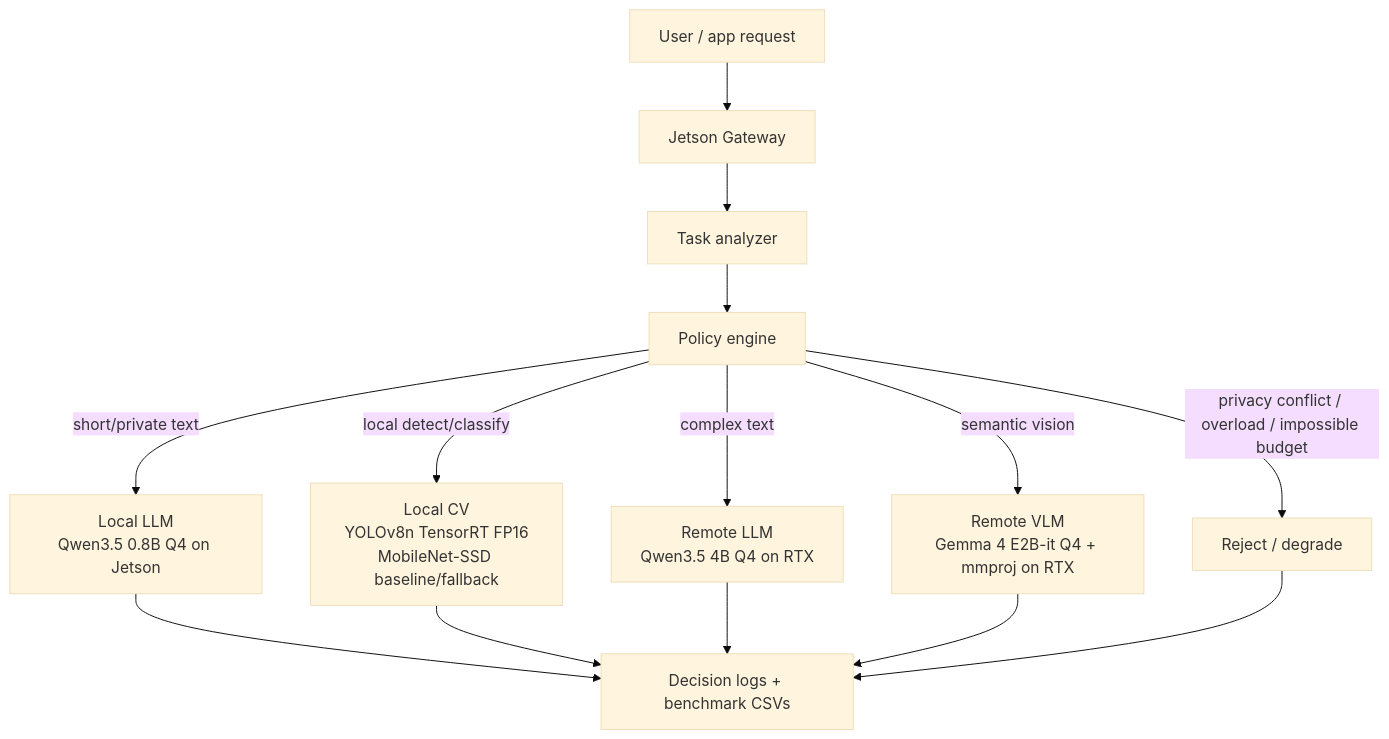
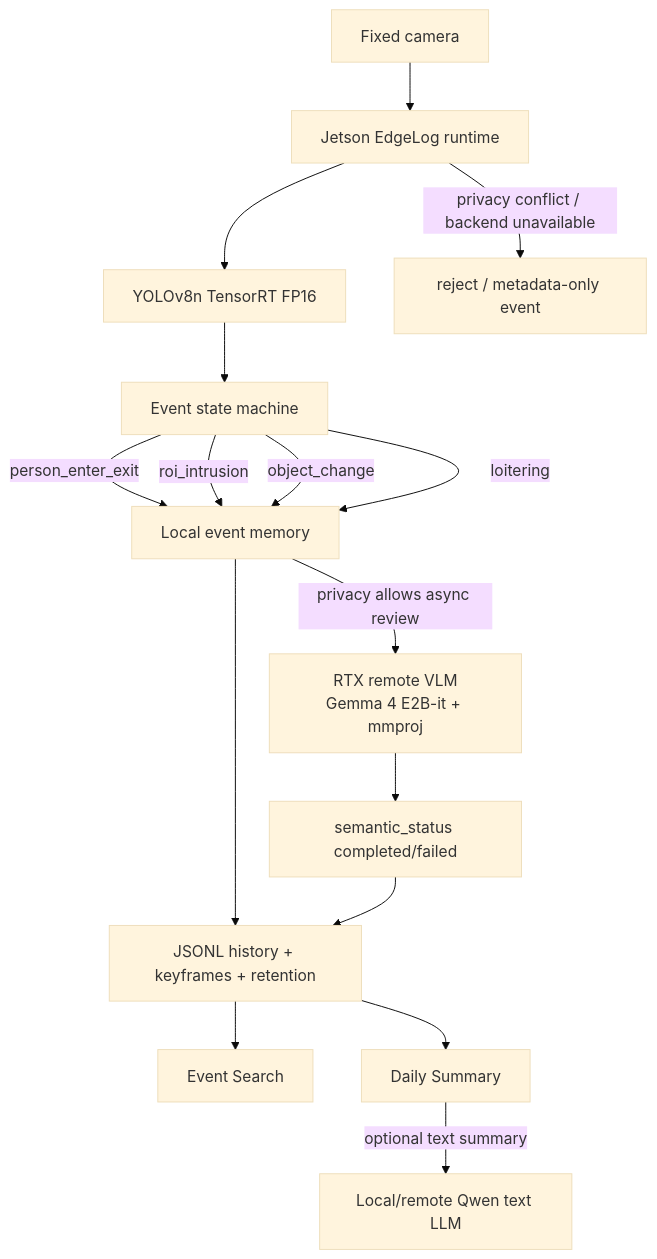
Before and after one commit to 123woshixiaoyu/edge-llm-bench: the diagram in README.md, drawn with Mermaid (base theme). The commit also changed other lines of this file and 10 other files, not shown here.

Commit message:
Reframe monitoring workbench as EdgeLog event memory

````diff
--- a/README.md
+++ b/README.md
@@ -26,16 +17,18 @@
 ```mermaid
 flowchart TD
-    A["User / app request"] --> B["Jetson Gateway"]
-    B --> C["Task analyzer"]
-    C --> D["Policy engine"]
-    D -->|short/private text| E["Local LLM\nQwen3.5 0.8B Q4 on Jetson"]
-    D -->|local detect/classify| F["Local CV\nYOLOv8n TensorRT FP16\nMobileNet-SSD baseline/fallback"]
-    D -->|complex text| G["Remote LLM\nQwen3.5 4B Q4 on RTX"]
-    D -->|semantic vision| H["Remote VLM\nGemma 4 E2B-it Q4 + mmproj on RTX"]
-    D -->|privacy conflict / overload / impossible budget| I["Reject / degrade"]
-    E --> J["Decision logs + benchmark CSVs"]
-    F --> J
-    G --> J
-    H --> J
-    I --> J
+    A["Fixed camera"] --> B["Jetson EdgeLog runtime"]
+    B --> C["YOLOv8n TensorRT FP16"]
+    C --> D["Event state machine"]
+    D -->|person_enter_exit| E["Local event memory"]
+    D -->|roi_intrusion| E
+    D -->|object_change| E
+    D -->|loitering| E
+    E --> F["JSONL history + keyframes + retention"]
+    F --> G["Event Search"]
+    F --> H["Daily Summary"]
+    E -->|privacy allows async review| I["RTX remote VLM\nGemma 4 E2B-it + mmproj"]
+    I --> J["semantic_status completed/failed"]
+    J --> F
+    H -->|optional text summary| K["Local/remote Qwen text LLM"]
+    B -->|privacy conflict / backend unavailable| L["reject / metadata-only event"]
 ```
````
